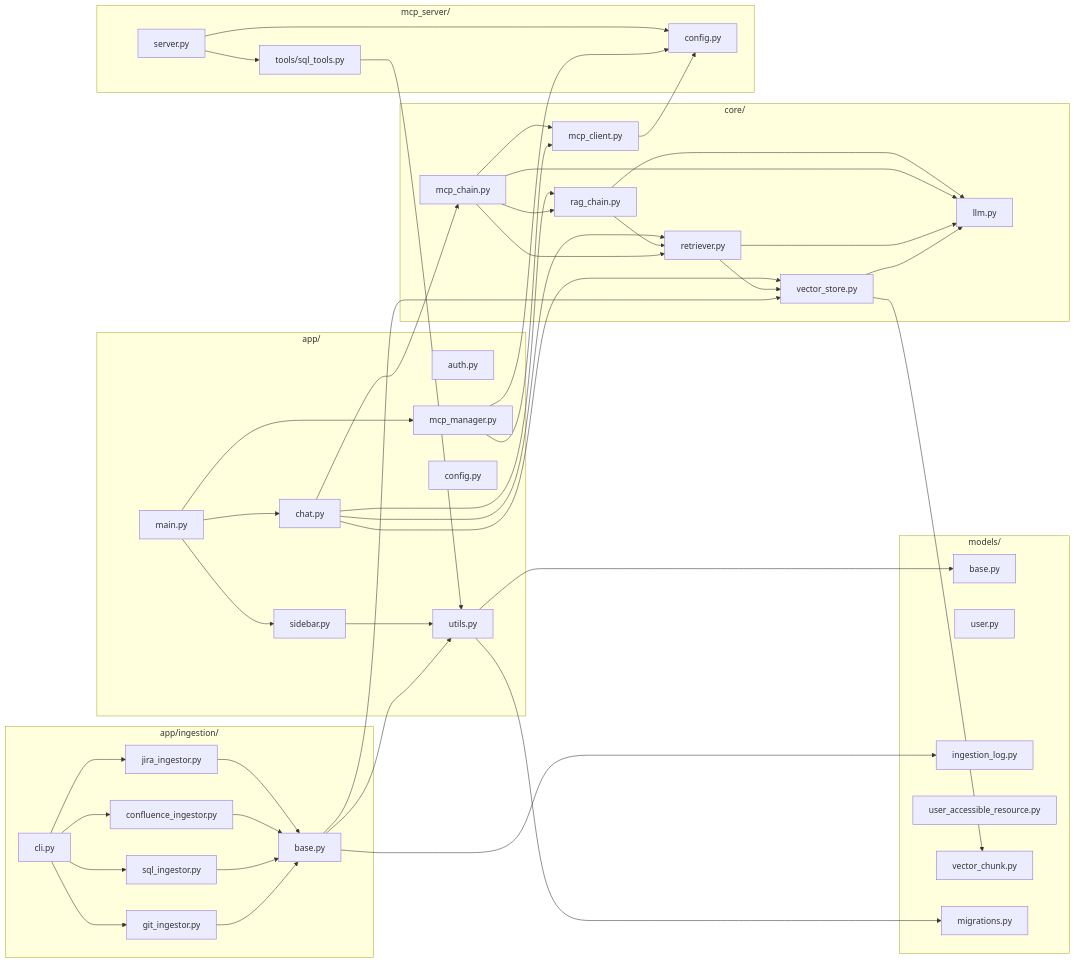
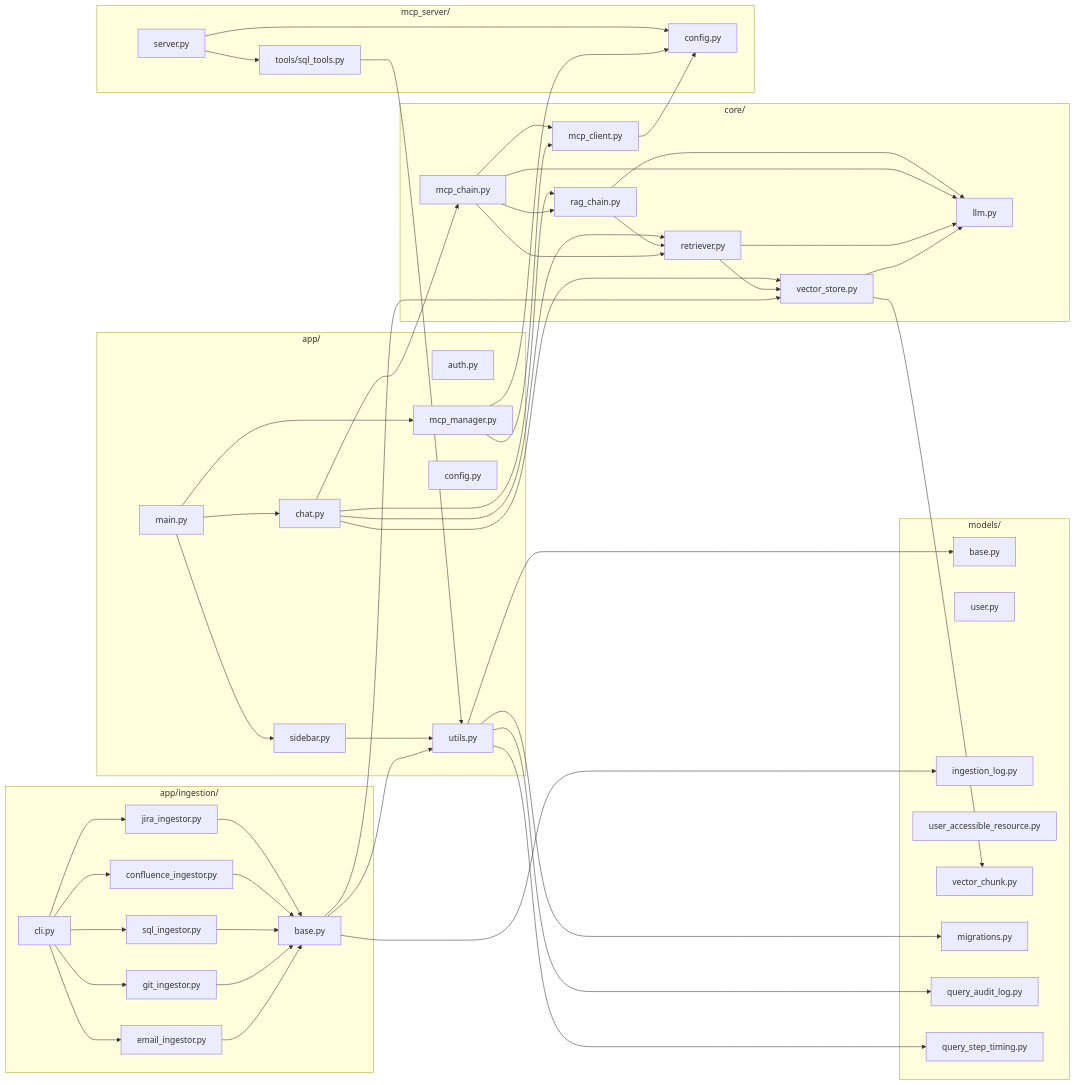
One commit to pyardley/CorpRAGPostgres changed the third of 4 diagrams in rag-multi-source/RAG-SYSTEM-DOCUMENTATION.md. Above: the diagram before and after it, drawn with Mermaid. The commit also changed other lines of this file and 42 other files, not shown here.

````diff
--- a/rag-multi-source/RAG-SYSTEM-DOCUMENTATION.md
+++ b/rag-multi-source/RAG-SYSTEM-DOCUMENTATION.md
@@ -174,6 +215,7 @@
         conf[confluence_ingestor.py]
         sqli[sql_ingestor.py]
         gitp[git_ingestor.py]
+        email[email_ingestor.py]
         cli[cli.py]
     end
 
@@ -199,6 +241,8 @@
         muar[user_accessible_resource.py]
         mvc[vector_chunk.py]
         mmig[migrations.py]
+        mqal[query_audit_log.py]
+        mqst[query_step_timing.py]
     end
 
     main --> sidebar
@@ -224,6 +268,7 @@
     cli --> conf
     cli --> sqli
     cli --> gitp
+    cli --> email
     base --> vstore
     base --> miln
     base --> utils
@@ -231,6 +276,7 @@
     conf --> base
     sqli --> base
     gitp --> base
+    email --> base
     server --> sqltools
     server --> mcfg
     sqltools --> utils
@@ -238,4 +284,6 @@
     mcpmgr --> mcfg
     utils --> modbase
     utils --> mmig
+    utils --> mqal
+    utils --> mqst
 ```
````
